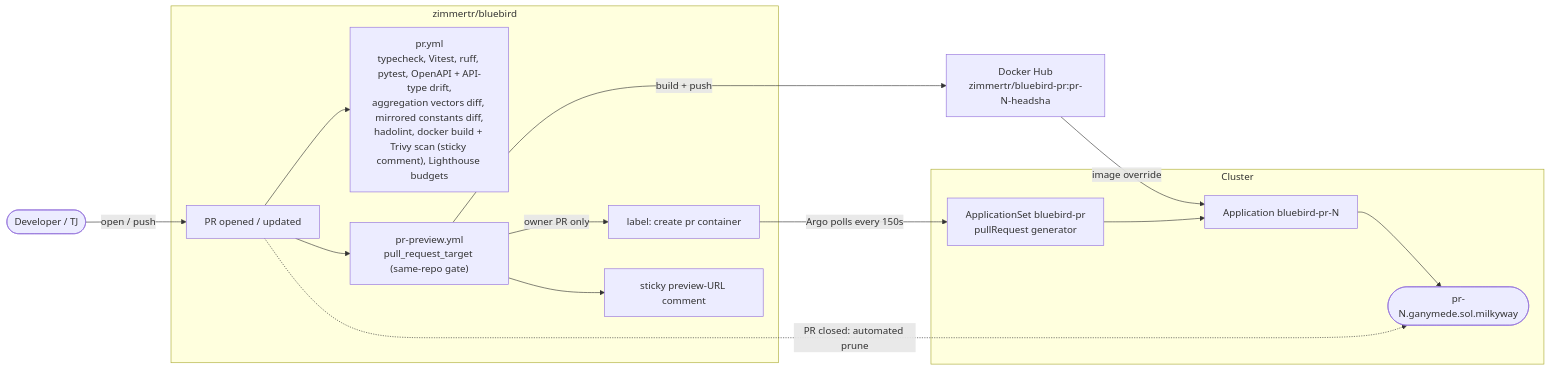
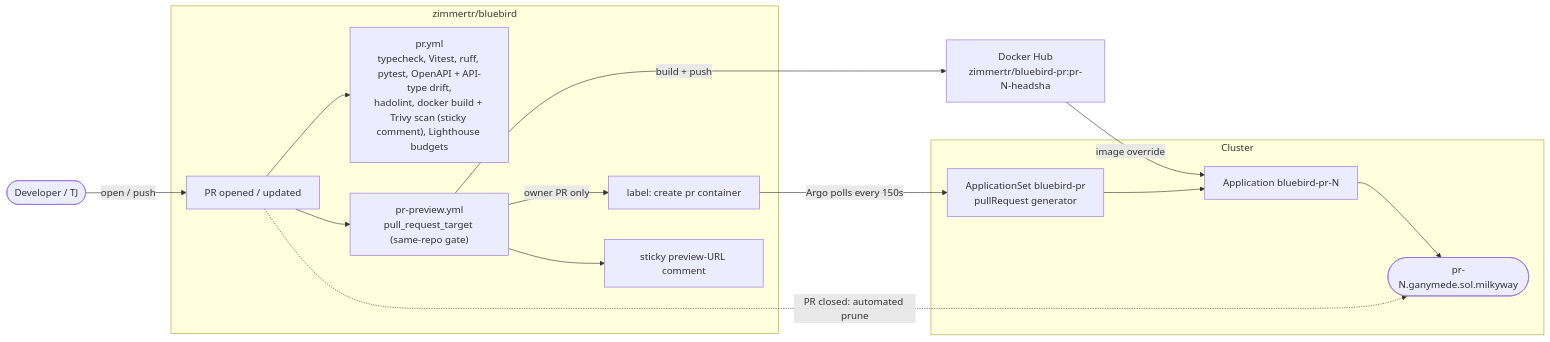
Before and after one commit to zimmertr/bluebird: the fourth of 6 diagrams in docs/CICD.md, drawn with Mermaid. The commit also changed other lines of this file and 16 other files, not shown here.

````diff
--- a/docs/CICD.md
+++ b/docs/CICD.md
@@ -664,32 +664,32 @@
 ```mermaid
 flowchart LR
     dev(["Developer / TJ"])
 
     subgraph BB["zimmertr/bluebird"]
         pr["PR opened / updated"]
-        checks["pr.yml<br/>typecheck, Vitest, ruff, pytest, OpenAPI + API-type drift,<br/>aggregation vectors diff, mirrored constants diff,<br/>hadolint, docker build + Trivy scan (sticky comment), Lighthouse budgets"]
+        checks["pr.yml<br/>typecheck, Vitest, ruff, pytest, OpenAPI + API-type drift,<br/>hadolint, docker build + Trivy scan (sticky comment), Lighthouse budgets"]
         preview["pr-preview.yml<br/>pull_request_target (same-repo gate)"]
         label["label: create pr container"]
         comment["sticky preview-URL comment"]
     end
 
     dhpr["Docker Hub<br/>zimmertr/bluebird-pr:pr-N-headsha"]
 
     subgraph CL["Cluster"]
         appset["ApplicationSet bluebird-pr<br/>pullRequest generator"]
         app["Application bluebird-pr-N"]
         env(["pr-N.ganymede.sol.milkyway"])
     end
 
     dev -->|open / push| pr
     pr --> checks
     pr --> preview
     preview -->|build + push| dhpr
     preview -->|owner PR only| label
     preview --> comment
     label -->|Argo polls every 150s| appset
     appset --> app
     dhpr -->|image override| app
     app --> env
     pr -.->|PR closed: automated prune| env
 ```
````
